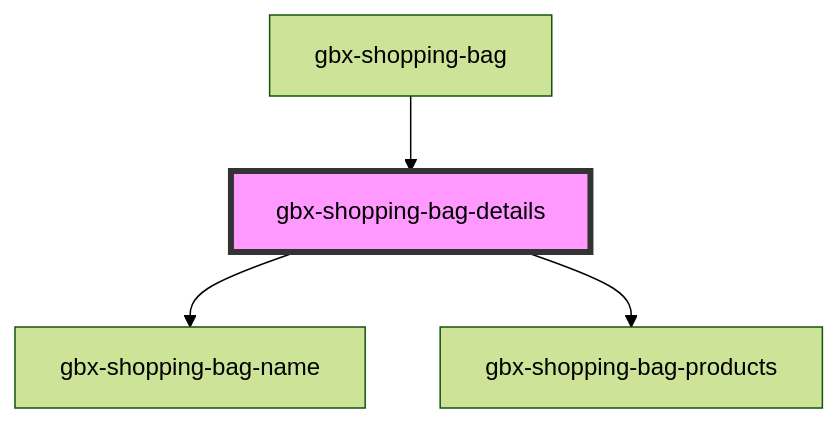
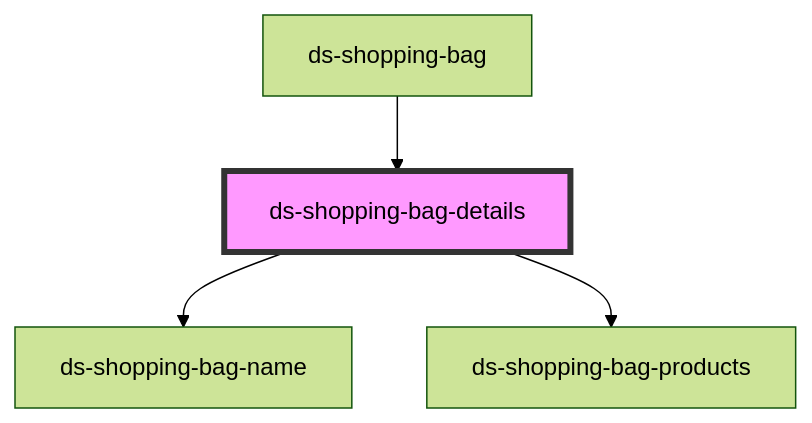
Before and after one commit to jezoock/dot-stash: the diagram in components/advanced/shopping-bag/shopping-bag-details/readme.md, drawn with Mermaid (forest theme). The commit also changed other lines of this file and 198 other files, not shown here.

````diff
--- a/components/advanced/shopping-bag/shopping-bag-details/readme.md
+++ b/components/advanced/shopping-bag/shopping-bag-details/readme.md
@@ -36,7 +36,7 @@
 ```mermaid
 graph TD;
-  gbx-shopping-bag-details --> gbx-shopping-bag-name
-  gbx-shopping-bag-details --> gbx-shopping-bag-products
-  gbx-shopping-bag --> gbx-shopping-bag-details
-  style gbx-shopping-bag-details fill:#f9f,stroke:#333,stroke-width:4px
+  ds-shopping-bag-details --> ds-shopping-bag-name
+  ds-shopping-bag-details --> ds-shopping-bag-products
+  ds-shopping-bag --> ds-shopping-bag-details
+  style ds-shopping-bag-details fill:#f9f,stroke:#333,stroke-width:4px
 ```
````
